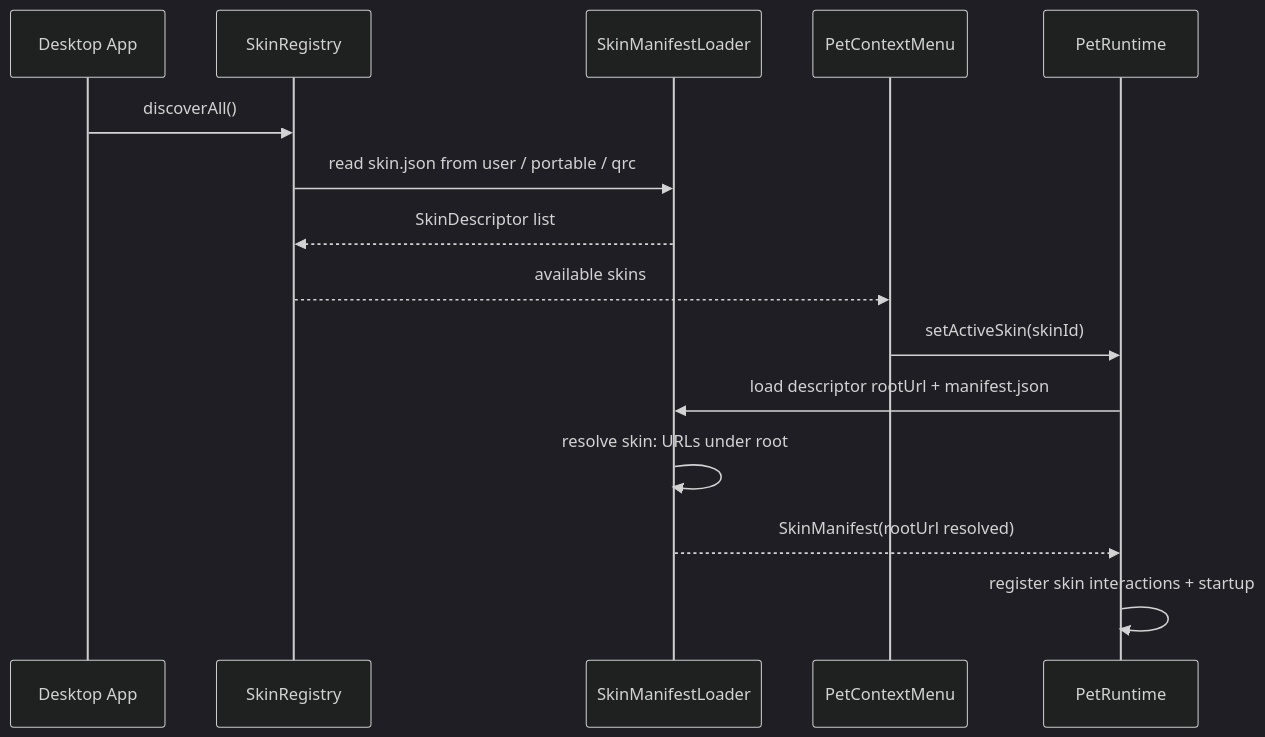
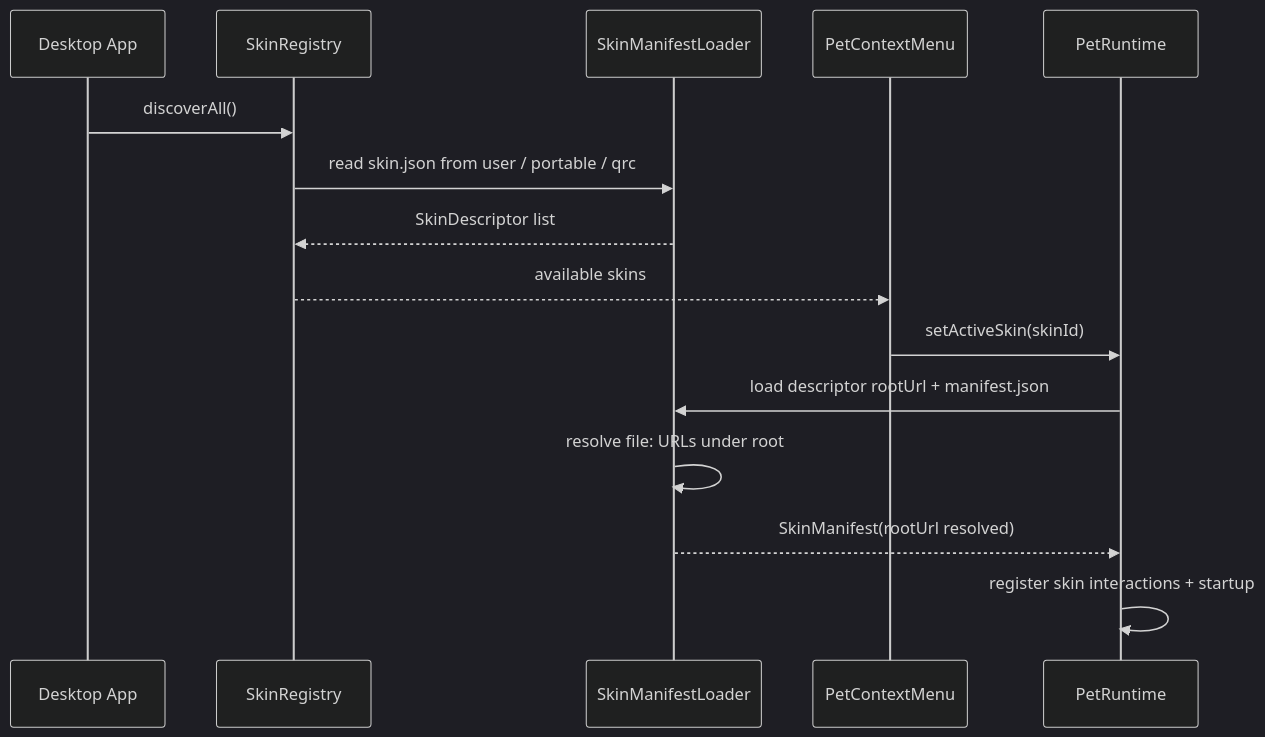
The third of 4 diagrams in docs/v2/设计方案/皮肤包分发与加载机制设计.md (tiantian180/MilesEdgeworth), drawn with Mermaid (dark theme) before and after one commit. The commit also changed other lines of this file and 7 other files, not shown here.

````diff
--- a/docs/v2/设计方案/皮肤包分发与加载机制设计.md
+++ b/docs/v2/设计方案/皮肤包分发与加载机制设计.md
@@ -167,18 +165,18 @@
 ```mermaid
 sequenceDiagram
     participant App as Desktop App
     participant Registry as SkinRegistry
     participant Loader as SkinManifestLoader
     participant Menu as PetContextMenu
     participant Runtime as PetRuntime
 
     App->>Registry: discoverAll()
     Registry->>Loader: read skin.json from user / portable / qrc
     Loader-->>Registry: SkinDescriptor list
     Registry-->>Menu: available skins
     Menu->>Runtime: setActiveSkin(skinId)
     Runtime->>Loader: load descriptor rootUrl + manifest.json
-    Loader->>Loader: resolve skin: URLs under root
+    Loader->>Loader: resolve file: URLs under root
     Loader-->>Runtime: SkinManifest(rootUrl resolved)
     Runtime->>Runtime: register skin interactions + startup
 ```
````
